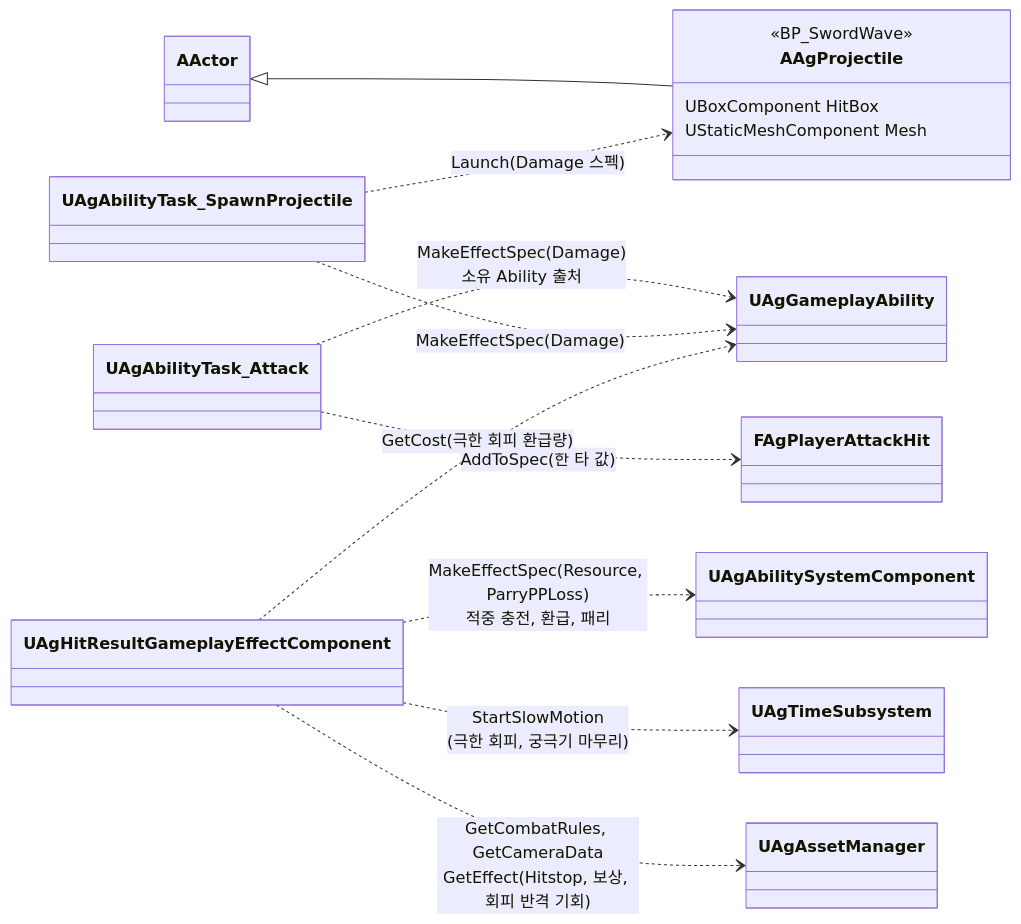
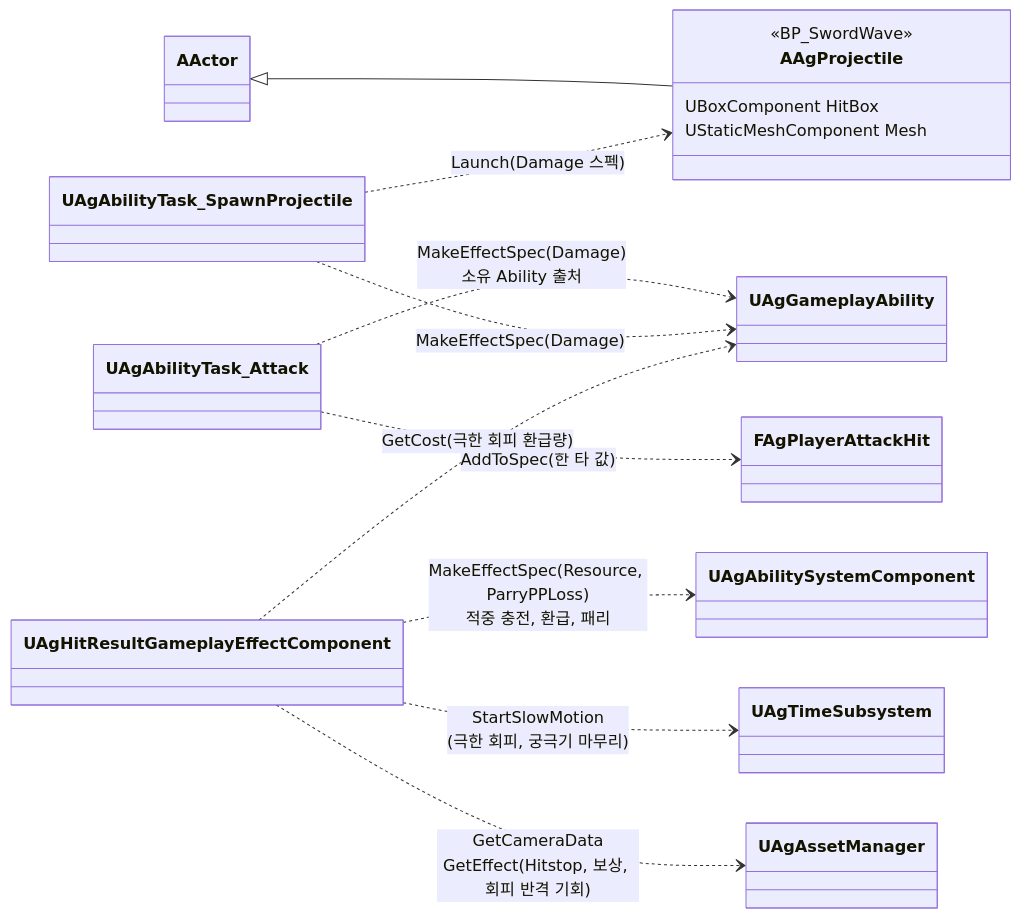
Before and after one commit to Woogl/Ag: the second of 3 diagrams in Docs/Program/대미지와 피격 처리.md, drawn with Mermaid. The commit also changed other lines of this file and 12 other files, not shown here.

````diff
--- a/Docs/Program/대미지와 피격 처리.md
+++ b/Docs/Program/대미지와 피격 처리.md
@@ -52,19 +52,19 @@
 ```mermaid
 classDiagram
     direction LR
     class AAgProjectile {
         <<BP_SwordWave>>
         UBoxComponent HitBox
         UStaticMeshComponent Mesh
     }
     AActor <|-- AAgProjectile
 
     UAgAbilityTask_Attack ..> UAgGameplayAbility : MakeEffectSpec(Damage)<br>소유 Ability 출처
     UAgAbilityTask_Attack ..> FAgPlayerAttackHit : AddToSpec(한 타 값)
     UAgAbilityTask_SpawnProjectile ..> UAgGameplayAbility : MakeEffectSpec(Damage)
     UAgAbilityTask_SpawnProjectile ..> AAgProjectile : Launch(Damage 스펙)
     UAgHitResultGameplayEffectComponent ..> UAgAbilitySystemComponent : MakeEffectSpec(Resource, ParryPPLoss)<br>적중 충전, 환급, 패리
     UAgHitResultGameplayEffectComponent ..> UAgGameplayAbility : GetCost(극한 회피 환급량)
     UAgHitResultGameplayEffectComponent ..> UAgTimeSubsystem : StartSlowMotion<br>(극한 회피, 궁극기 마무리)
-    UAgHitResultGameplayEffectComponent ..> UAgAssetManager : GetCombatRules, GetCameraData<br>GetEffect(Hitstop, 보상, 회피 반격 기회)
+    UAgHitResultGameplayEffectComponent ..> UAgAssetManager : GetCameraData<br>GetEffect(Hitstop, 보상, 회피 반격 기회)
 ```
````
